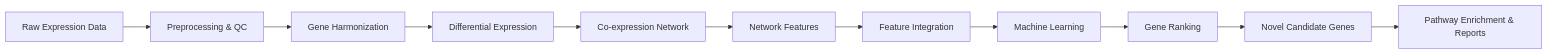
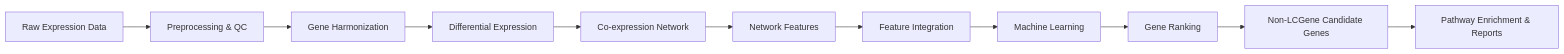
The first of 2 diagrams in README.md (omicscodeathon/gloom), drawn with Mermaid before and after one commit. The commit also changed other lines of this file and 84 other files, not shown here.

````diff
--- a/README.md
+++ b/README.md
@@ -98,13 +108,13 @@
 ```mermaid
 flowchart LR
     A[Raw Expression Data] --> B[Preprocessing & QC]
     B --> C[Gene Harmonization]
     C --> D[Differential Expression]
     D --> E[Co-expression Network]
     E --> F[Network Features]
     F --> G[Feature Integration]
     G --> H[Machine Learning]
     H --> I[Gene Ranking]
-    I --> J[Novel Candidate Genes]
+    I --> J[Non-LCGene Candidate Genes]
     J --> K[Pathway Enrichment & Reports]
 ```
````
